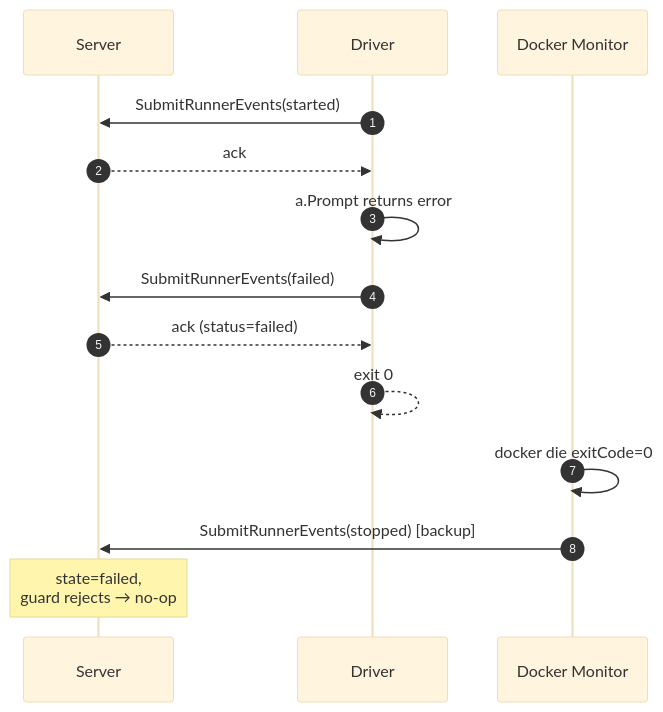
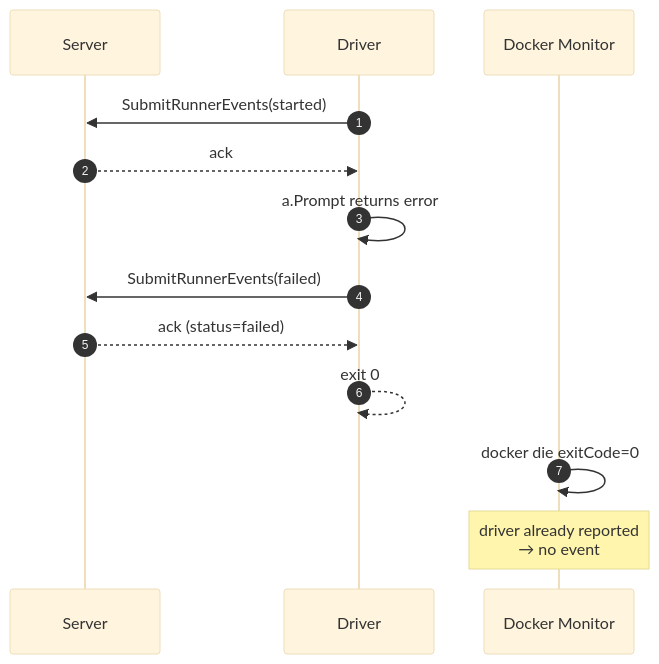
The second of 9 diagrams in proposals/accepted/driver-owned-events.md (icholy/xagent), drawn with Mermaid (base theme) before and after one commit. The commit also changed other lines of this file, not shown here.

First line of the commit message:
proposal: emit runner events only when the driver cannot report

````diff
--- a/proposals/accepted/driver-owned-events.md
+++ b/proposals/accepted/driver-owned-events.md
@@ -119,17 +115,16 @@
 ```mermaid
 sequenceDiagram
     autonumber
     participant S as Server
     participant D as Driver
     participant M as Docker Monitor
 
     D->>S: SubmitRunnerEvents(started)
     S-->>D: ack
     D->>D: a.Prompt returns error
     D->>S: SubmitRunnerEvents(failed)
     S-->>D: ack (status=failed)
     D-->>D: exit 0
     M->>M: docker die exitCode=0
-    M->>S: SubmitRunnerEvents(stopped) [backup]
-    Note over S: state=failed,<br/>guard rejects → no-op
+    Note over M: driver already reported<br/>→ no event
 ```
````
